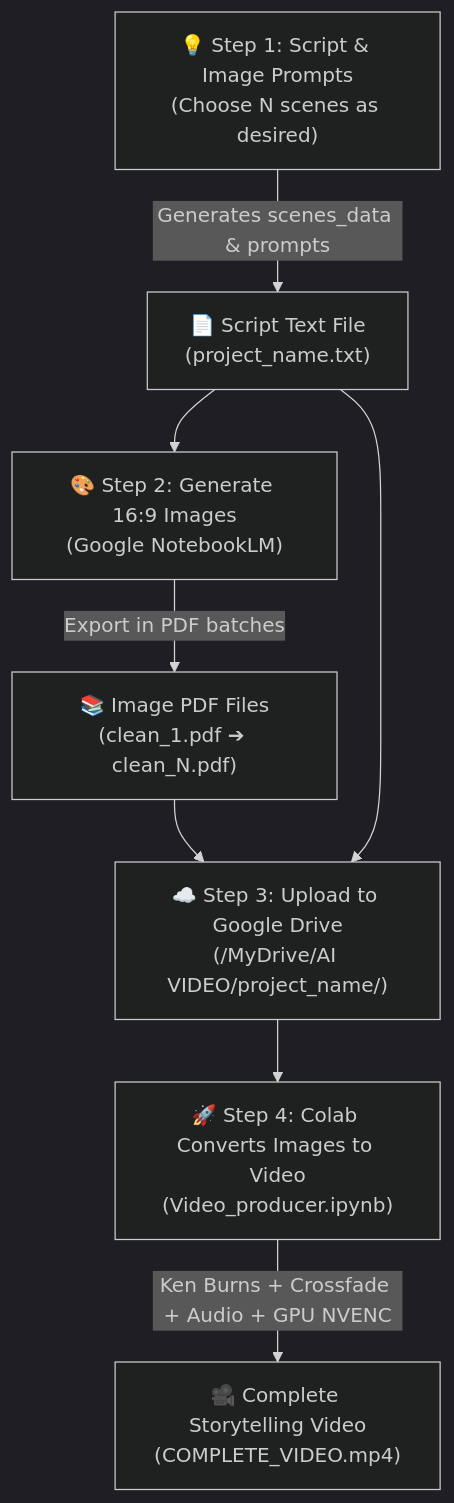
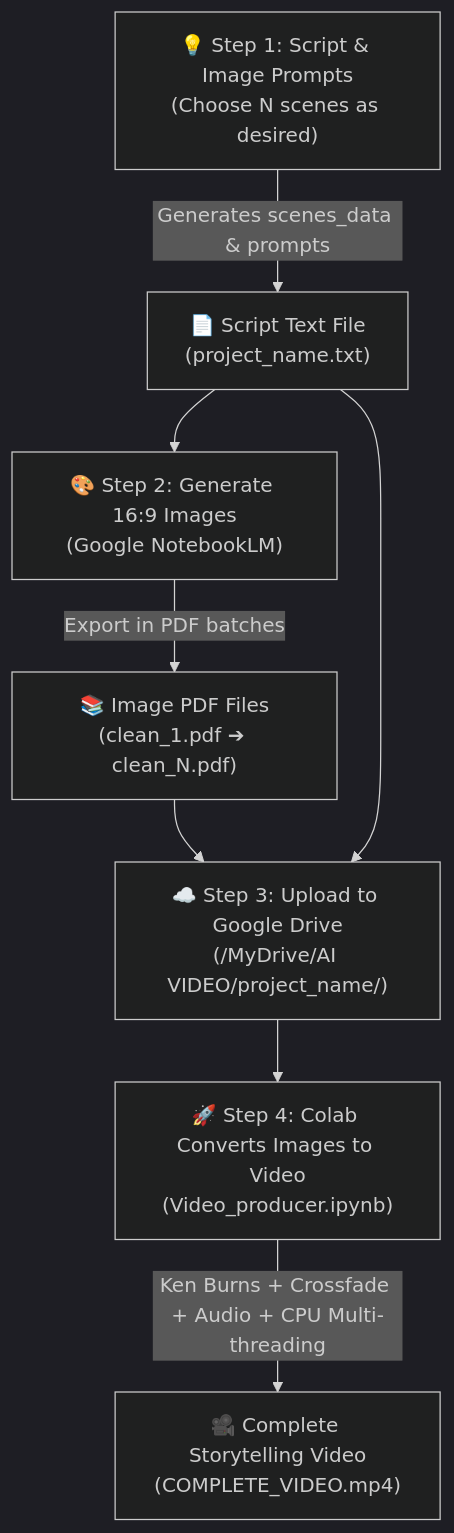
One commit to NgPcAnhh/Video_producer_automation changed the diagram in README.md. Above: the diagram before and after it, drawn with Mermaid (dark theme). The commit also changed other lines of this file and 3 other files, not shown here.

Commit message:
refactor: optimize notebook for CPU multi-threading, remove theend outro, update docs and add workflow video

````diff
--- a/README.md
+++ b/README.md
@@ -29,10 +29,10 @@
 ```mermaid
 flowchart TD
     A["💡 Step 1: Script & Image Prompts<br/>(Choose N scenes as desired)"] -->|Generates scenes_data & prompts| B["📄 Script Text File<br/>(project_name.txt)"]
     B --> C["🎨 Step 2: Generate 16:9 Images<br/>(Google NotebookLM)"]
     C -->|Export in PDF batches| D["📚 Image PDF Files<br/>(clean_1.pdf ➔ clean_N.pdf)"]
     D --> E["☁️ Step 3: Upload to Google Drive<br/>(/MyDrive/AI VIDEO/project_name/)"]
     B --> E
     E --> F["🚀 Step 4: Colab Converts Images to Video<br/>(Video_producer.ipynb)"]
-    F -->|Ken Burns + Crossfade + Audio + GPU NVENC| G["🎥 Complete Storytelling Video<br/>(COMPLETE_VIDEO.mp4)"]
+    F -->|Ken Burns + Crossfade + Audio + CPU Multi-threading| G["🎥 Complete Storytelling Video<br/>(COMPLETE_VIDEO.mp4)"]
 ```
````
